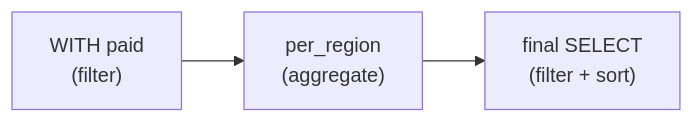
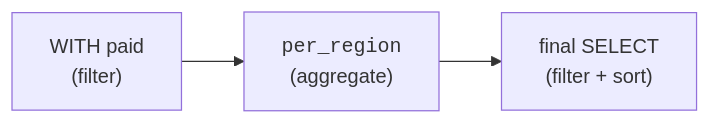
One commit to dataslope/dataslope changed the diagram in content/learn/sql-analytics-duckdb/common-table-expressions.mdx. Above: the diagram before and after it, drawn with Mermaid. The commit also changed 153 other files, not shown here.

First line of the commit message:
Render code-only mermaid shapes in monospace; convert step sequences to Steps

````diff
--- a/content/learn/sql-analytics-duckdb/common-table-expressions.mdx
+++ b/content/learn/sql-analytics-duckdb/common-table-expressions.mdx
@@ -96,5 +96,5 @@
 ```mermaid
 flowchart LR
-    A["WITH paid<br/>(filter)"] --> B["per_region<br/>(aggregate)"]
+    A["WITH paid<br/>(filter)"] --> B["<code>per_region</code><br/>(aggregate)"]
     B --> C["final SELECT<br/>(filter + sort)"]
 ```
````
